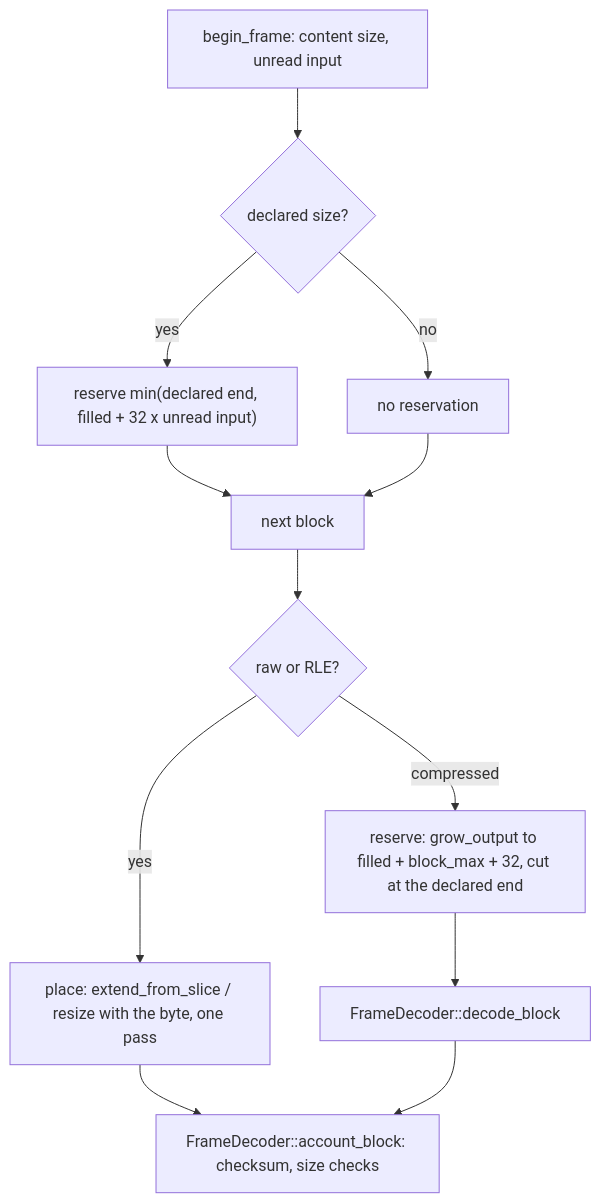
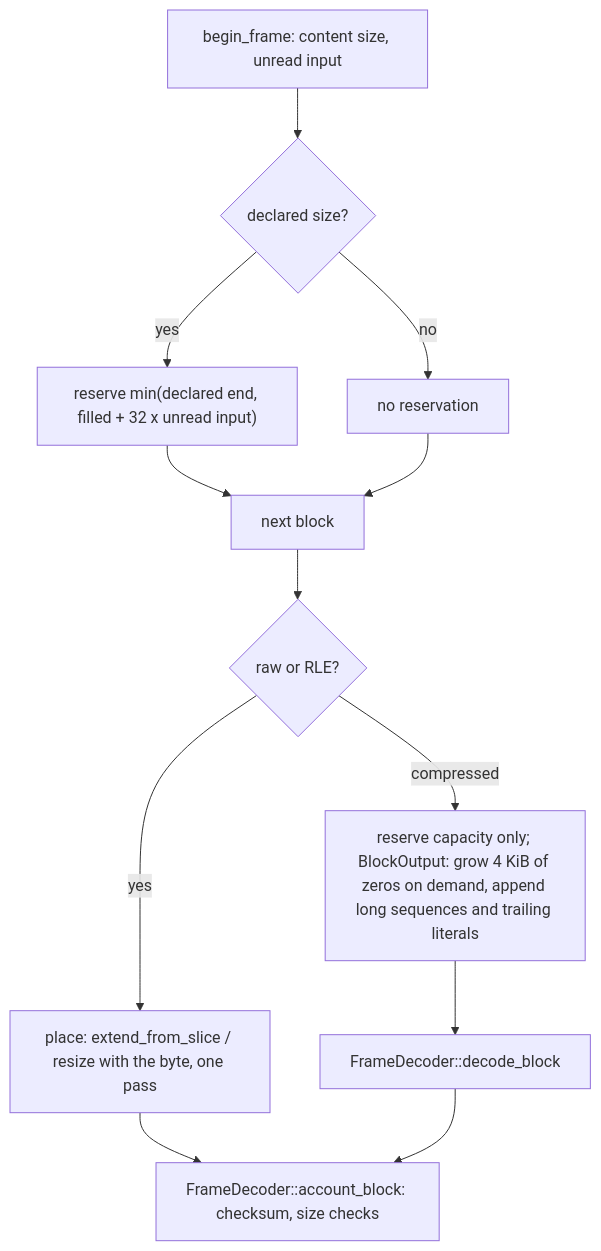
One commit to M-Compressors/mzstd changed the sixth of 7 diagrams in architecture/decoder-performance.md. Above: the diagram before and after it, drawn with Mermaid. The commit also changed other lines of this file and 419 other files, not shown here.

````diff
--- a/architecture/decoder-performance.md
+++ b/architecture/decoder-performance.md
@@ -249,13 +295,13 @@
 ```mermaid
 flowchart TD
     Begin[begin_frame: content size, unread input] --> Declared{declared size?}
     Declared -->|yes| Reserve["reserve min(declared end, filled + 32 x unread input)"]
     Declared -->|no| Grow
     Reserve --> Block
     Grow[no reservation] --> Block
     Block[next block] --> Kind{raw or RLE?}
     Kind -->|yes| Place["place: extend_from_slice / resize with the byte, one pass"]
-    Kind -->|compressed| Slack["reserve: grow_output to filled + block_max + 32, cut at the declared end"]
+    Kind -->|compressed| Slack["reserve capacity only; BlockOutput: grow 4 KiB of zeros on demand, append long sequences and trailing literals"]
     Place --> Account[FrameDecoder::account_block: checksum, size checks]
     Slack --> Decode[FrameDecoder::decode_block] --> Account
 ```
````
